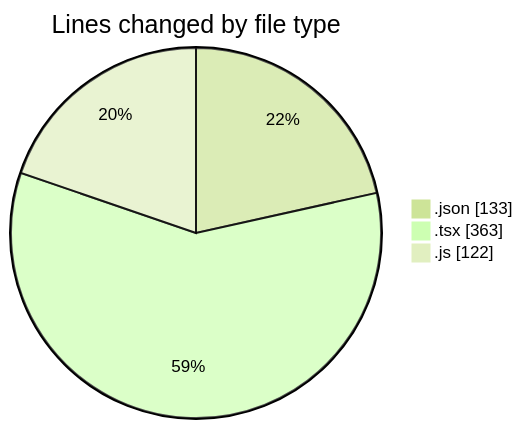
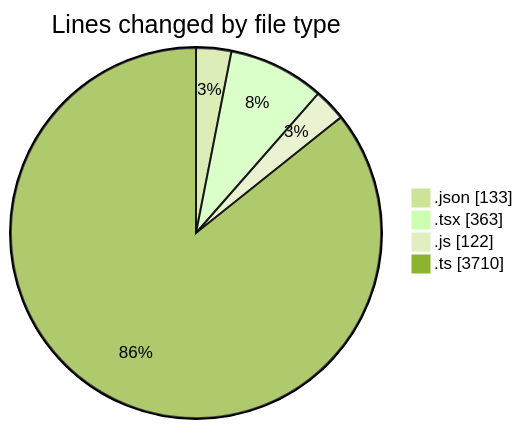
Before and after one commit to momahboobian/code-tracking: the first of 2 diagrams in 2026-01-14/cda/README.md, drawn with Mermaid (forest theme). The commit also changed other lines of this file and 1 other file, not shown here.

````diff
--- a/2026-01-14/cda/README.md
+++ b/2026-01-14/cda/README.md
@@ -25,7 +26,8 @@
 ```mermaid
 pie showData
 title Lines changed by file type
 ".json" : 133
 ".tsx" : 363
 ".js" : 122
+".ts" : 3710
 ```
````
